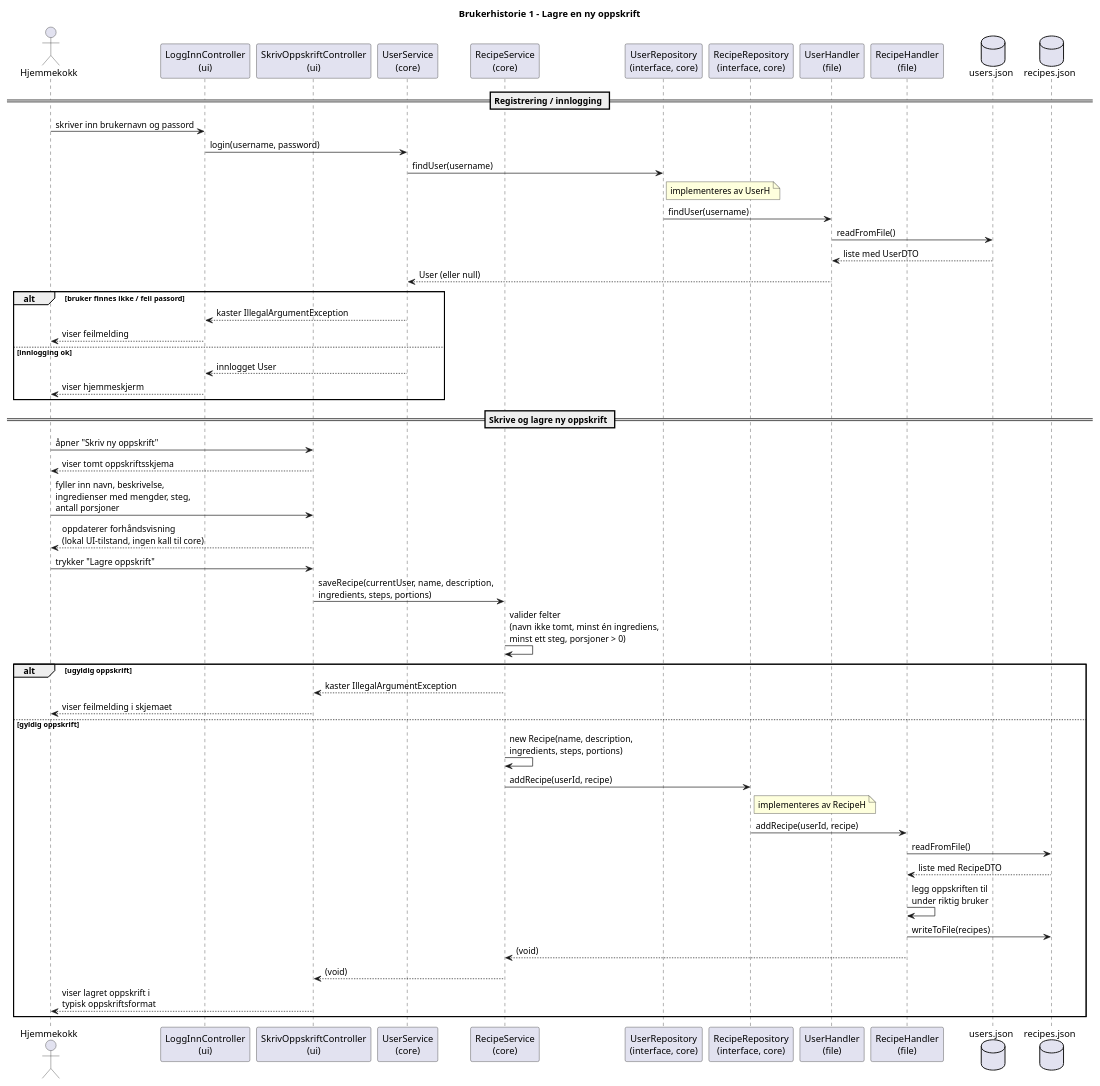
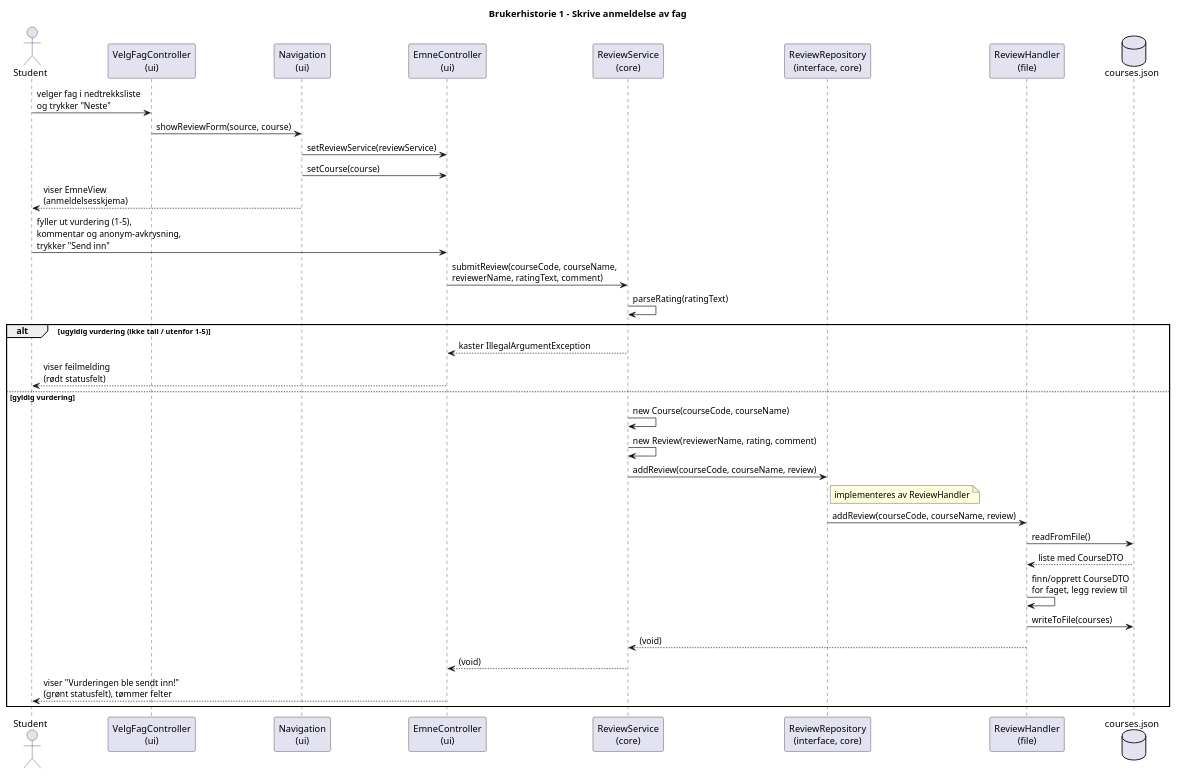
The diagram in arkitektur/brukerhistorie1Sekvensdiagram.puml (JesperBarosen/BIThub), drawn with PlantUML before and after one commit. The commit also changed 3 other files, not shown here.

First line of the commit message:
Legg til sekvensdiagram for brukerhistorie 2

```diff
--- a/arkitektur/brukerhistorie1Sekvensdiagram.puml
+++ b/arkitektur/brukerhistorie1Sekvensdiagram.puml
@@ -1,66 +1,42 @@
-@startuml brukerhistorie1_lagre_oppskrift
+@startuml brukerhistorie1_skrive_anmeldelse
 
-title Brukerhistorie 1 - Lagre en ny oppskrift
+title Brukerhistorie 1 - Skrive anmeldelse av fag
 
-actor "Hjemmekokk" as User
-participant "LoggInnController\n(ui)" as LoginC
-participant "SkrivOppskriftController\n(ui)" as WriteC
-participant "UserService\n(core)" as UserS
-participant "RecipeService\n(core)" as RecipeS
-participant "UserRepository\n(interface, core)" as UserRepo
-participant "RecipeRepository\n(interface, core)" as RecipeRepo
-participant "UserHandler\n(file)" as UserH
-participant "RecipeHandler\n(file)" as RecipeH
-database "users.json" as UserFile
-database "recipes.json" as RecipeFile
+actor "Student" as User
+participant "VelgFagController\n(ui)" as SelectC
+participant "Navigation\n(ui)" as Nav
+participant "EmneController\n(ui)" as EmneC
+participant "ReviewService\n(core)" as Service
+participant "ReviewRepository\n(interface, core)" as Repo
+participant "ReviewHandler\n(file)" as Handler
+database "courses.json" as File
 
-== Registrering / innlogging ==
+User -> SelectC : velger fag i nedtrekksliste\nog trykker "Neste"
+SelectC -> Nav : showReviewForm(source, course)
+Nav -> EmneC : setReviewService(reviewService)
+Nav -> EmneC : setCourse(course)
+Nav --> User : viser EmneView\n(anmeldelsesskjema)
 
-User -> LoginC : skriver inn brukernavn og passord
-LoginC -> UserS : login(username, password)
-UserS -> UserRepo : findUser(username)
-note right of UserRepo : implementeres av UserH
-UserRepo -> UserH : findUser(username)
-UserH -> UserFile : readFromFile()
-UserFile --> UserH : liste med UserDTO
-UserH --> UserS : User (eller null)
+User -> EmneC : fyller ut vurdering (1-5),\nkommentar og anonym-avkrysning,\ntrykker "Send inn"
+EmneC -> Service : submitReview(courseCode, courseName,\nreviewerName, ratingText, comment)
+Service -> Service : parseRating(ratingText)
 
-alt bruker finnes ikke / feil passord
-    UserS --> LoginC : kaster IllegalArgumentException
-    LoginC --> User : viser feilmelding
-else innlogging ok
-    UserS --> LoginC : innlogget User
-    LoginC --> User : viser hjemmeskjerm
-end
-
-== Skrive og lagre ny oppskrift ==
-
-User -> WriteC : åpner "Skriv ny oppskrift"
-WriteC --> User : viser tomt oppskriftsskjema
-
-User -> WriteC : fyller inn navn, beskrivelse,\ningredienser med mengder, steg,\nantall porsjoner
-WriteC --> User : oppdaterer forhåndsvisning\n(lokal UI-tilstand, ingen kall til core)
-
-User -> WriteC : trykker "Lagre oppskrift"
-WriteC -> RecipeS : saveRecipe(currentUser, name, description,\ningredients, steps, portions)
-
-RecipeS -> RecipeS : valider felter\n(navn ikke tomt, minst én ingrediens,\nminst ett steg, porsjoner > 0)
-
-alt ugyldig oppskrift
-    RecipeS --> WriteC : kaster IllegalArgumentException
-    WriteC --> User : viser feilmelding i skjemaet
-else gyldig oppskrift
-    RecipeS -> RecipeS : new Recipe(name, description,\ningredients, steps, portions)
-    RecipeS -> RecipeRepo : addRecipe(userId, recipe)
-    note right of RecipeRepo : implementeres av RecipeH
-    RecipeRepo -> RecipeH : addRecipe(userId, recipe)
-    RecipeH -> RecipeFile : readFromFile()
-    RecipeFile --> RecipeH : liste med RecipeDTO
-    RecipeH -> RecipeH : legg oppskriften til\nunder riktig bruker
-    RecipeH -> RecipeFile : writeToFile(recipes)
-    RecipeH --> RecipeS : (void)
-    RecipeS --> WriteC : (void)
-    WriteC --> User : viser lagret oppskrift i\ntypisk oppskriftsformat
+alt ugyldig vurdering (ikke tall / utenfor 1-5)
+    Service --> EmneC : kaster IllegalArgumentException
+    EmneC --> User : viser feilmelding\n(rødt statusfelt)
+else gyldig vurdering
+    Service -> Service : new Course(courseCode, courseName)
+    Service -> Service : new Review(reviewerName, rating, comment)
+    Service -> Repo : addReview(courseCode, courseName, review)
+    note right of Repo : implementeres av ReviewHandler
+    Repo -> Handler : addReview(courseCode, courseName, review)
+    Handler -> File : readFromFile()
+    File --> Handler : liste med CourseDTO
+    Handler -> Handler : finn/opprett CourseDTO\nfor faget, legg review til
+    Handler -> File : writeToFile(courses)
+    Handler --> Service : (void)
+    Service --> EmneC : (void)
+    EmneC --> User : viser "Vurderingen ble sendt inn!"\n(grønt statusfelt), tømmer felter
 end
 
 @enduml
```
